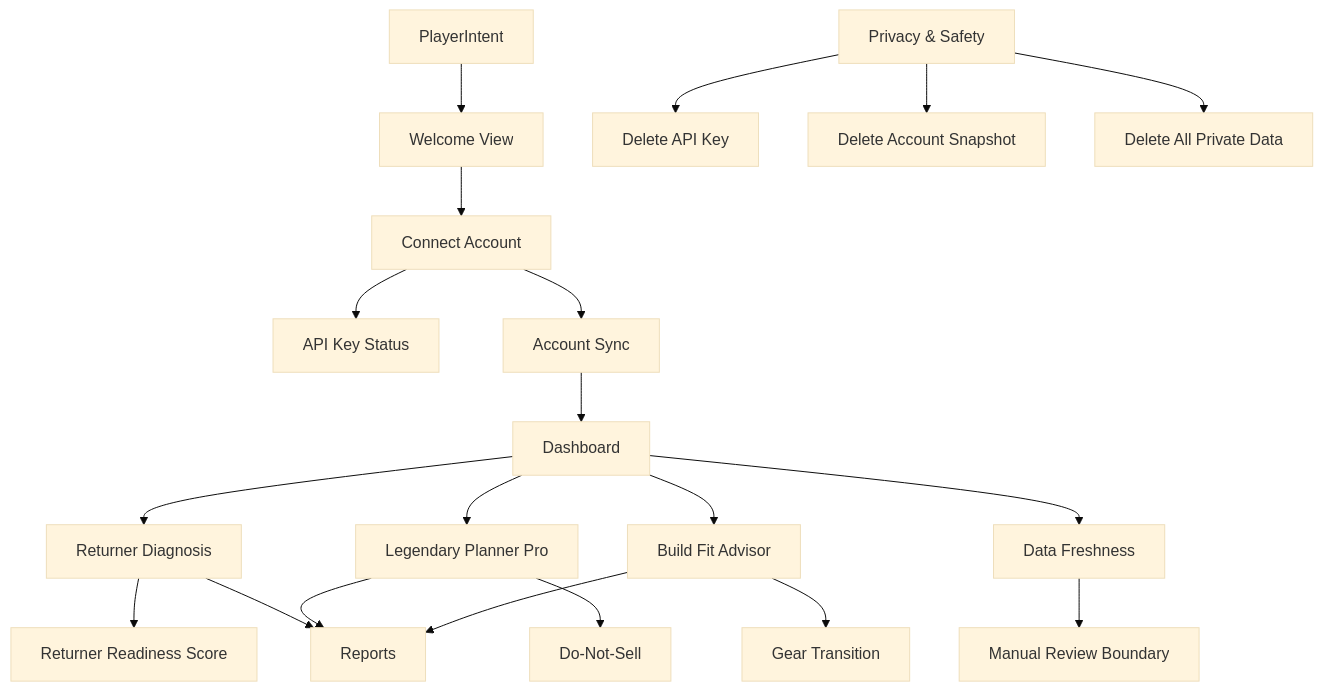
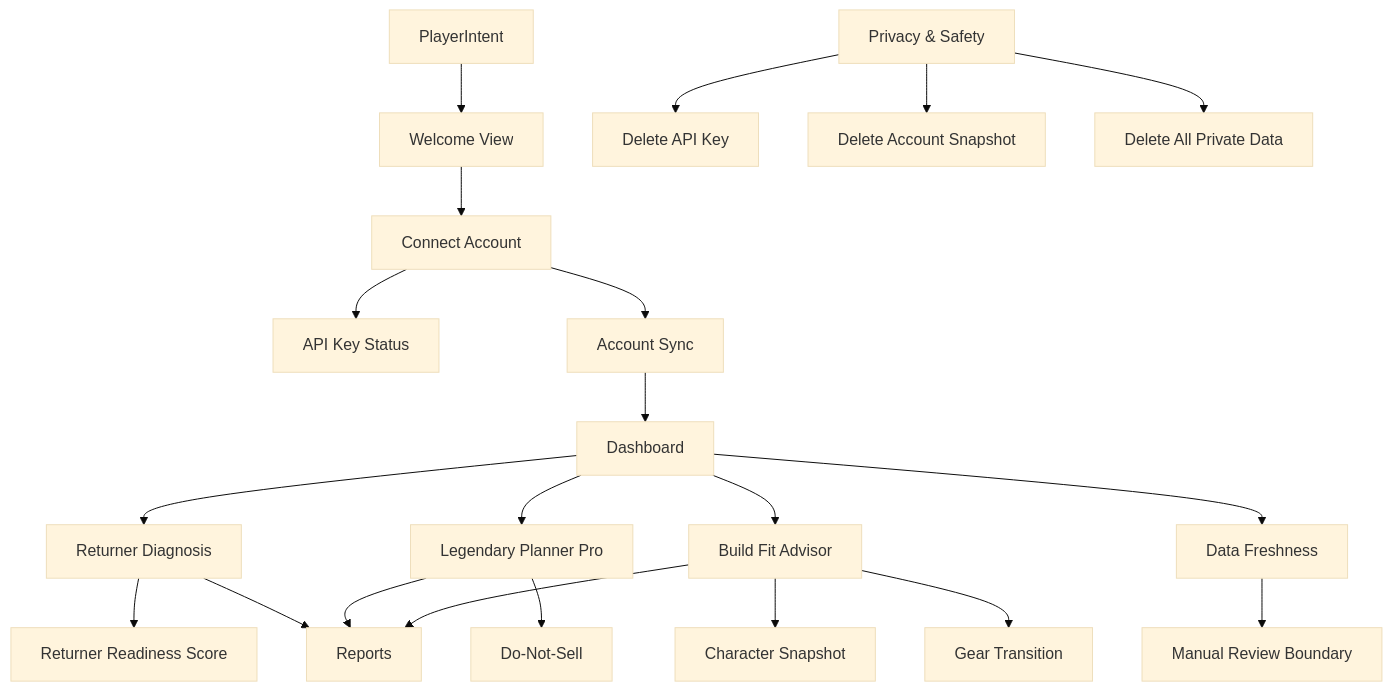
The diagram in docs/ui/PLAYER_UI_SEMANTIC_GRAPH_AUDIT.md (johnslee1207-commits/gw2radar), drawn with Mermaid (base theme) before and after one commit. The commit also changed other lines of this file and 8 other files, not shown here.

Commit message:
Add build character snapshots

````diff
--- a/docs/ui/PLAYER_UI_SEMANTIC_GRAPH_AUDIT.md
+++ b/docs/ui/PLAYER_UI_SEMANTIC_GRAPH_AUDIT.md
@@ -9,22 +9,23 @@
 ```mermaid
 graph TD
   PlayerIntent["PlayerIntent"] --> Welcome["Welcome View"]
   Welcome --> Connect["Connect Account"]
   Connect --> AccountKey["API Key Status"]
   Connect --> AccountSync["Account Sync"]
   AccountSync --> Dashboard["Dashboard"]
   Dashboard --> Returner["Returner Diagnosis"]
   Returner --> ReturnerReadiness["Returner Readiness Score"]
   Dashboard --> Legendary["Legendary Planner Pro"]
   Dashboard --> BuildFit["Build Fit Advisor"]
+  BuildFit --> CharacterSnapshot["Character Snapshot"]
   Dashboard --> Freshness["Data Freshness"]
   Returner --> ReportCenter["Reports"]
   Legendary --> ReportCenter
   BuildFit --> ReportCenter
   Legendary --> DoNotSell["Do-Not-Sell"]
   BuildFit --> GearTransition["Gear Transition"]
   Freshness --> SafetyBoundary["Manual Review Boundary"]
   Privacy["Privacy & Safety"] --> DeleteKey["Delete API Key"]
   Privacy --> DeleteSnapshot["Delete Account Snapshot"]
   Privacy --> DeleteAllPrivate["Delete All Private Data"]
 ```
````
